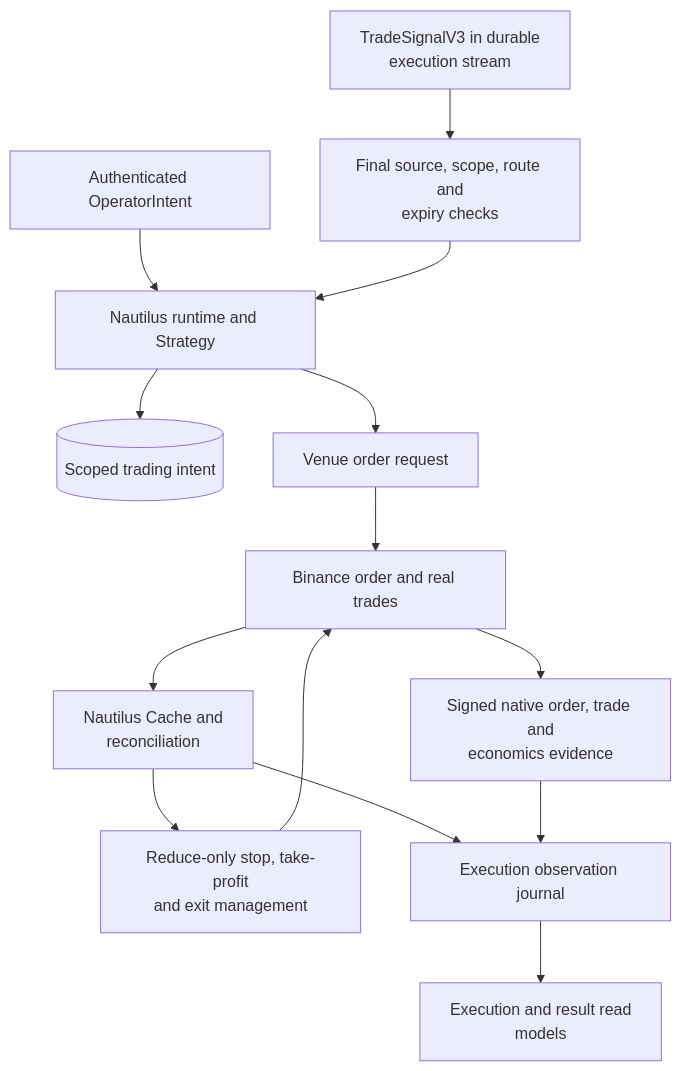
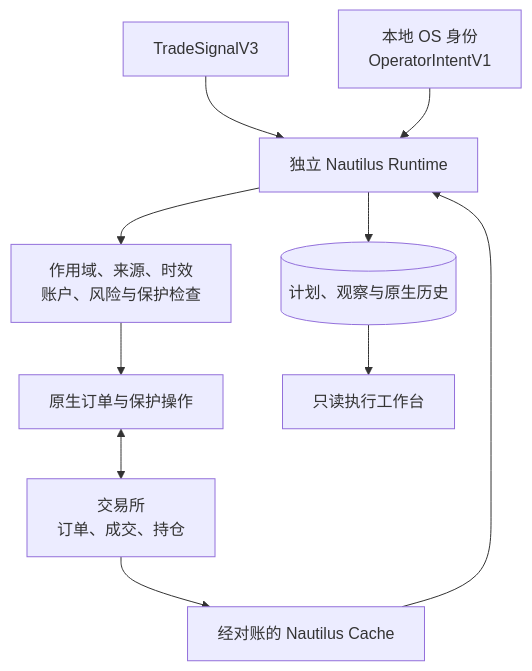
Before and after one commit to AnalyThothAI/tracefold: the first of 2 diagrams in docs/modules/execution.md, drawn with Mermaid. The commit also changed other lines of this file and 28 other files, not shown here.

Commit message:
docs: rebuild the Chinese architecture and module handbook

````diff
--- a/docs/modules/execution.md
+++ b/docs/modules/execution.md
@@ -28,16 +25,12 @@
 ```mermaid
-flowchart TD
-    Signal["TradeSignalV3 in durable<br/>execution stream"] --> Valid["Final source, scope, route and<br/>expiry checks"]
-    Control["Authenticated OperatorIntent"] --> Runtime["Nautilus runtime and Strategy"]
-    Valid --> Runtime
-    Runtime --> Plan[("Scoped trading intent")]
-    Runtime --> Order["Venue order request"]
-    Order --> Venue["Binance order and real trades"]
-    Venue --> Cache["Nautilus Cache and<br/>reconciliation"]
-    Cache --> Protect["Reduce-only stop, take-profit<br/>and exit management"]
-    Protect --> Venue
-    Venue --> Evidence["Signed native order, trade and<br/>economics evidence"]
-    Cache --> Journal["Execution observation journal"]
-    Evidence --> Journal
-    Journal --> Read["Execution and result read<br/>models"]
+flowchart TB
+    Signal["TradeSignalV3"] --> Runtime["独立 Nautilus Runtime"]
+    Operator["本地 OS 身份<br/>OperatorIntentV1"] --> Runtime
+    Runtime --> Check["作用域、来源、时效<br/>账户、风险与保护检查"]
+    Check --> Order["原生订单与保护操作"]
+    Order <--> Venue["交易所<br/>订单、成交、持仓"]
+    Venue --> Cache["经对账的 Nautilus Cache"]
+    Cache --> Runtime
+    Runtime --> Ledger[("计划、观察与原生历史")]
+    Ledger --> UI["只读执行工作台"]
 ```
````
